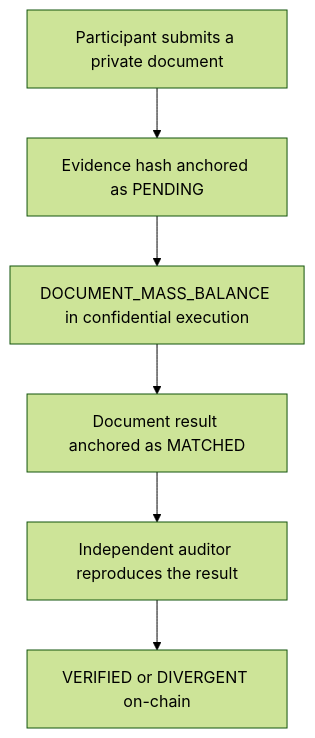
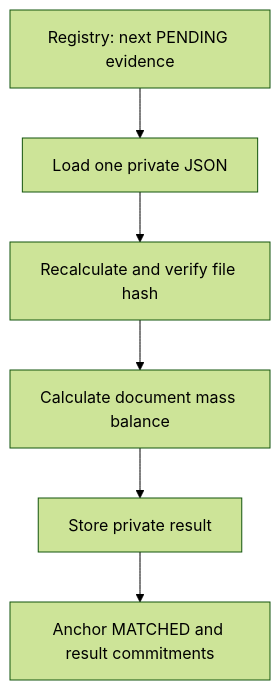
Before and after one commit to armanfm/ExplorerChem: the diagram in explorerchem-workflow/README.md, drawn with Mermaid (forest theme). The commit also changed other lines of this file, not shown here.

````diff
--- a/explorerchem-workflow/README.md
+++ b/explorerchem-workflow/README.md
@@ -22,8 +41,8 @@
 ```mermaid
 flowchart TD
-    A["Participant submits a private document"] --> B["Evidence hash anchored as PENDING"]
-    B --> C["DOCUMENT_MASS_BALANCE in confidential execution"]
-    C --> D["Document result anchored as MATCHED"]
-    D --> E["Independent auditor reproduces the result"]
-    E --> F["VERIFIED or DIVERGENT on-chain"]
+    A["Registry: next PENDING evidence"] --> B["Load one private JSON"]
+    B --> C["Recalculate and verify file hash"]
+    C --> D["Calculate document mass balance"]
+    D --> E["Store private result"]
+    E --> F["Anchor MATCHED and result commitments"]
 ```
````
